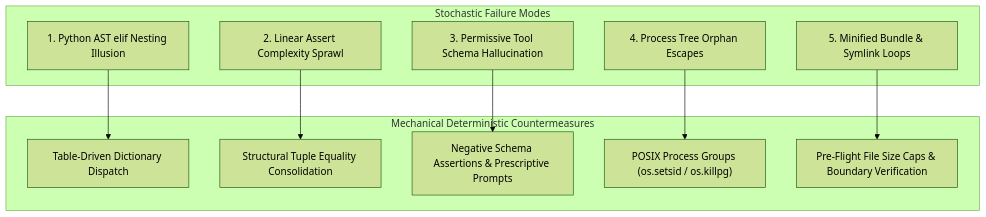
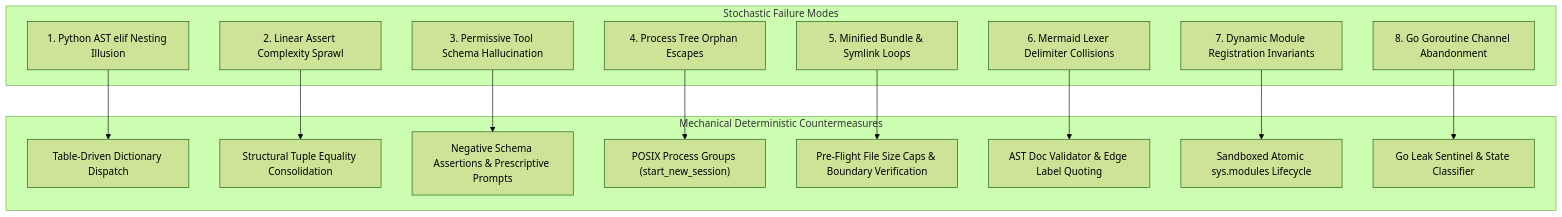
One commit to dan-petty/vibes changed the first of 2 diagrams in docs/RETROSPECTIVE.md. Above: the diagram before and after it, drawn with Mermaid (forest theme). The commit also changed other lines of this file and 1 other file, not shown here.

First line of the commit message:
docs(retrospective): integrate post-vibe analysis on mermaid parsing and dynamic execution

````diff
--- a/docs/RETROSPECTIVE.md
+++ b/docs/RETROSPECTIVE.md
@@ -40,24 +42,33 @@
 ```mermaid
 flowchart TD
     subgraph Pitfalls["Stochastic Failure Modes"]
         P1["1. Python AST elif Nesting Illusion"]
         P2["2. Linear Assert Complexity Sprawl"]
         P3["3. Permissive Tool Schema Hallucination"]
         P4["4. Process Tree Orphan Escapes"]
         P5["5. Minified Bundle & Symlink Loops"]
+        P6["6. Mermaid Lexer Delimiter Collisions"]
+        P7["7. Dynamic Module Registration Invariants"]
+        P8["8. Go Goroutine Channel Abandonment"]
     end
 
     subgraph Oracles["Mechanical Deterministic Countermeasures"]
         O1["Table-Driven Dictionary Dispatch"]
         O2["Structural Tuple Equality Consolidation"]
         O3["Negative Schema Assertions & Prescriptive Prompts"]
-        O4["POSIX Process Groups (os.setsid / os.killpg)"]
+        O4["POSIX Process Groups (start_new_session)"]
         O5["Pre-Flight File Size Caps & Boundary Verification"]
+        O6["AST Doc Validator & Edge Label Quoting"]
+        O7["Sandboxed Atomic sys.modules Lifecycle"]
+        O8["Go Leak Sentinel & State Classifier"]
     end
 
     P1 --> O1
     P2 --> O2
     P3 --> O3
     P4 --> O4
     P5 --> O5
+    P6 --> O6
+    P7 --> O7
+    P8 --> O8
 ```
````
